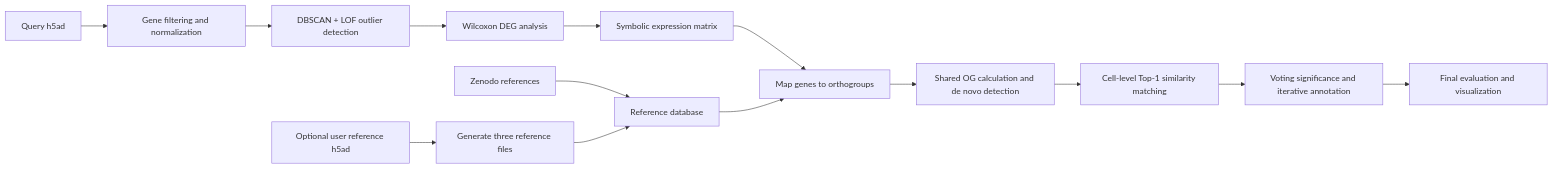
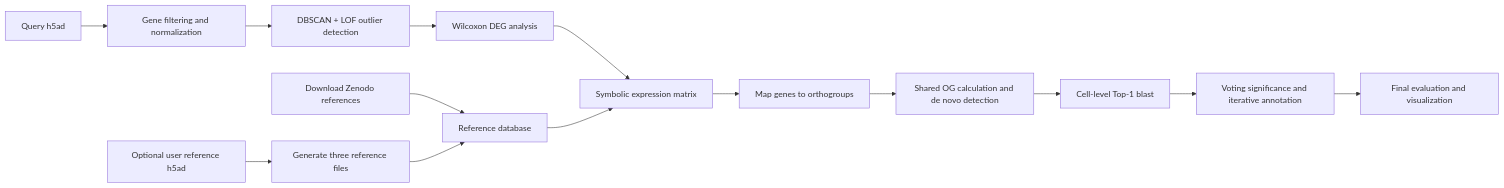
Before and after one commit to illuminate6060/CellBLASTer: the diagram in README.md, drawn with Mermaid. The commit also changed other lines of this file, not shown here.

````diff
--- a/README.md
+++ b/README.md
@@ -15,16 +15,16 @@
 ```mermaid
 flowchart LR
     A[Query h5ad] --> B[Gene filtering and normalization]
     B --> C[DBSCAN + LOF outlier detection]
     C --> D[Wilcoxon DEG analysis]
     D --> E[Symbolic expression matrix]
-    F[Zenodo references] --> G[Reference database]
+    F[Download Zenodo references] --> G[Reference database]
     H[Optional user reference h5ad] --> I[Generate three reference files]
     I --> G
     E --> J[Map genes to orthogroups]
-    G --> J
+    G --> E
     J --> K[Shared OG calculation and de novo detection]
-    K --> L[Cell-level Top-1 similarity matching]
+    K --> L[Cell-level Top-1 blast]
     L --> M[Voting significance and iterative annotation]
     M --> N[Final evaluation and visualization]
 ```
````
